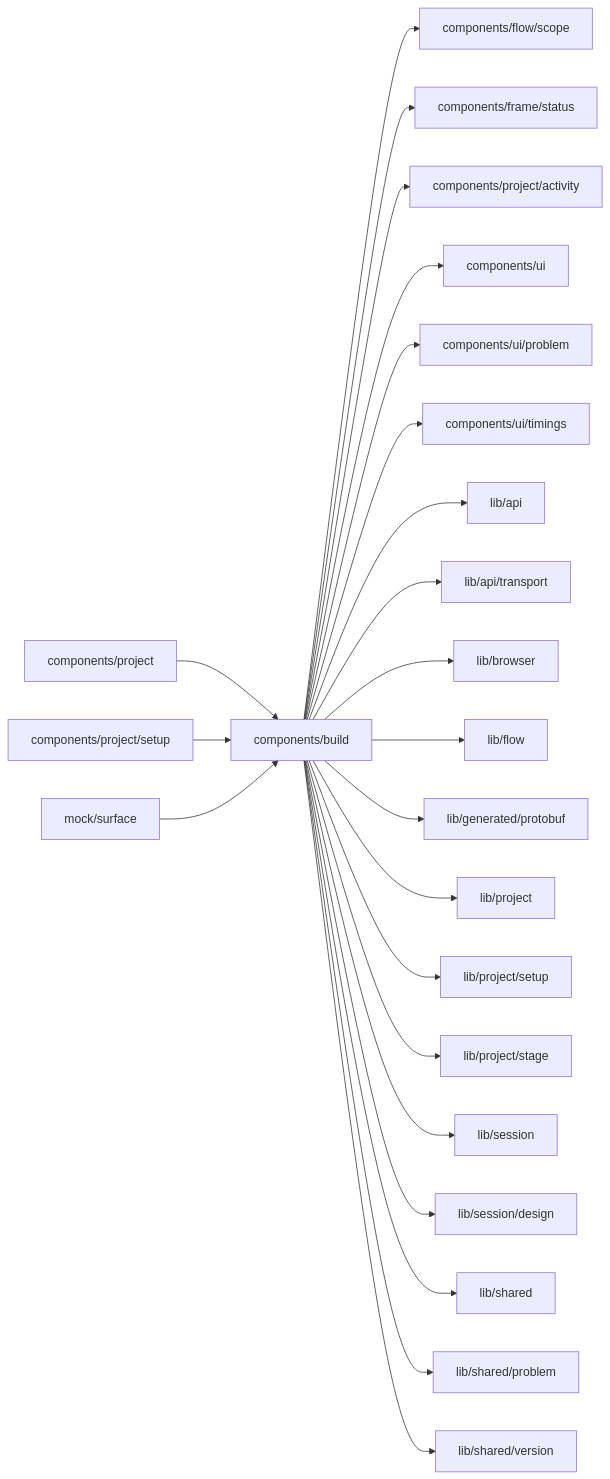
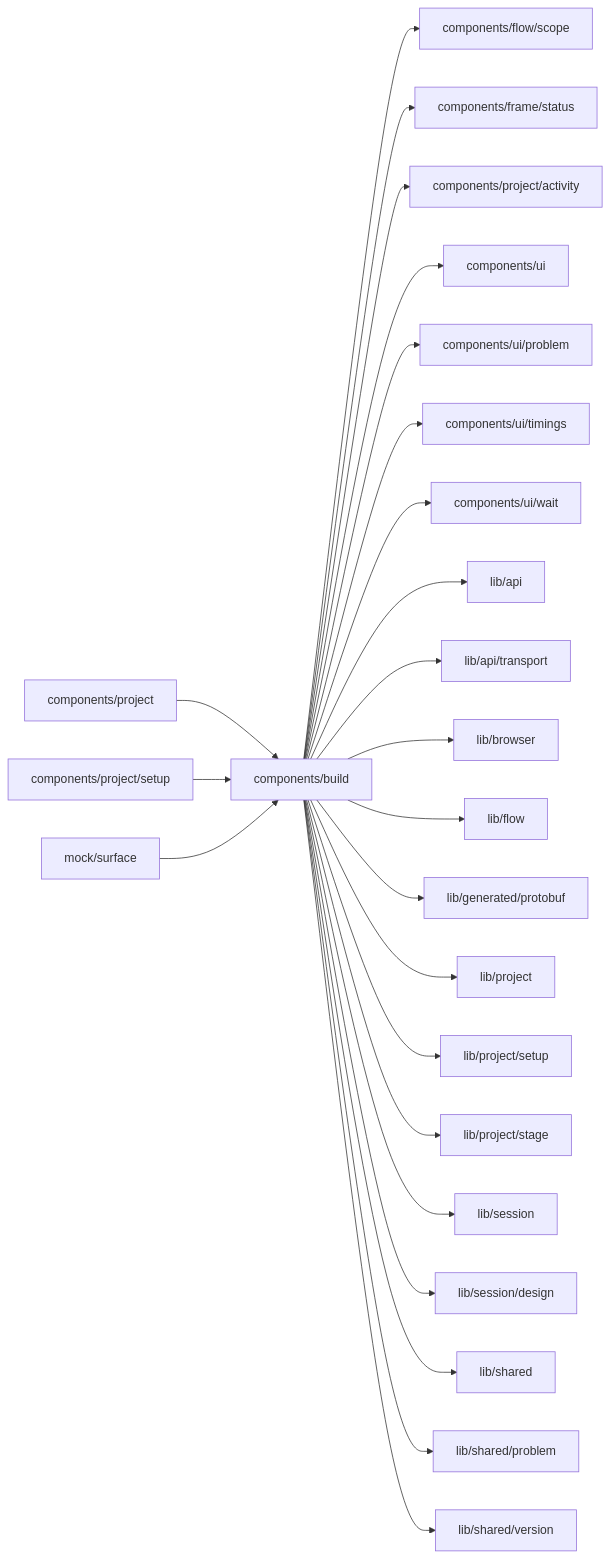
One commit to superdurable/superverse changed the diagram in web/studio/components/build/README.md. Above: the diagram before and after it, drawn with Mermaid. The commit also changed other lines of this file and 28 other files, not shown here.

````diff
--- a/web/studio/components/build/README.md
+++ b/web/studio/components/build/README.md
@@ -10,26 +10,27 @@
 ```mermaid
 flowchart LR
   self["components/build"]
   c0["components/project"] --> self
   c1["components/project/setup"] --> self
   c2["mock/surface"] --> self
   self --> d0["components/flow/scope"]
   self --> d1["components/frame/status"]
   self --> d2["components/project/activity"]
   self --> d3["components/ui"]
   self --> d4["components/ui/problem"]
   self --> d5["components/ui/timings"]
-  self --> d6["lib/api"]
-  self --> d7["lib/api/transport"]
-  self --> d8["lib/browser"]
-  self --> d9["lib/flow"]
-  self --> d10["lib/generated/protobuf"]
-  self --> d11["lib/project"]
-  self --> d12["lib/project/setup"]
-  self --> d13["lib/project/stage"]
-  self --> d14["lib/session"]
-  self --> d15["lib/session/design"]
-  self --> d16["lib/shared"]
-  self --> d17["lib/shared/problem"]
-  self --> d18["lib/shared/version"]
+  self --> d6["components/ui/wait"]
+  self --> d7["lib/api"]
+  self --> d8["lib/api/transport"]
+  self --> d9["lib/browser"]
+  self --> d10["lib/flow"]
+  self --> d11["lib/generated/protobuf"]
+  self --> d12["lib/project"]
+  self --> d13["lib/project/setup"]
+  self --> d14["lib/project/stage"]
+  self --> d15["lib/session"]
+  self --> d16["lib/session/design"]
+  self --> d17["lib/shared"]
+  self --> d18["lib/shared/problem"]
+  self --> d19["lib/shared/version"]
 ```
````
